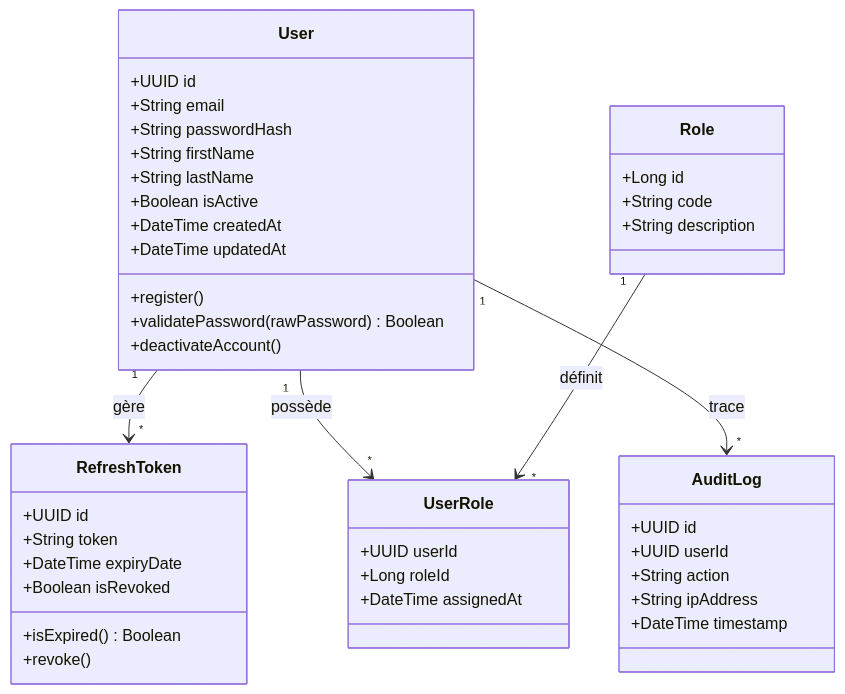
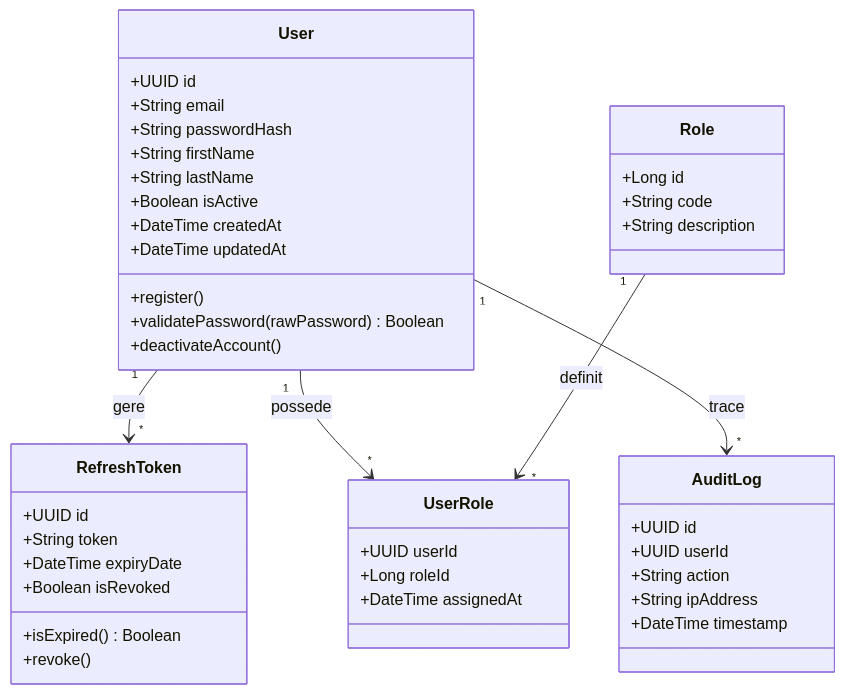
The diagram in Documentation/Diagrams/class_auth_service.mmd (Architecture-web/projet), drawn with Mermaid before and after one commit. The commit also changed 7 other files, not shown here.

Commit message:
fix(diagrams): normalisation des labels de relations dans tous les diagrammes de classes Mermaid

```diff
--- a/Documentation/Diagrams/class_auth_service.mmd
+++ b/Documentation/Diagrams/class_auth_service.mmd
@@ -1,48 +1,48 @@
 classDiagram
     class User {
         +UUID id
         +String email
         +String passwordHash
         +String firstName
         +String lastName
         +Boolean isActive
         +DateTime createdAt
         +DateTime updatedAt
         +register()
         +validatePassword(rawPassword) Boolean
         +deactivateAccount()
     }
 
     class Role {
         +Long id
         +String code
         +String description
     }
 
     class RefreshToken {
         +UUID id
         +String token
         +DateTime expiryDate
         +Boolean isRevoked
         +isExpired() Boolean
         +revoke()
     }
 
     class UserRole {
         +UUID userId
         +Long roleId
         +DateTime assignedAt
     }
 
     class AuditLog {
         +UUID id
         +UUID userId
         +String action
         +String ipAddress
         +DateTime timestamp
     }
 
-    User "1" --> "*" RefreshToken : gère
-    User "1" --> "*" UserRole : possède
-    Role "1" --> "*" UserRole : définit
+    User "1" --> "*" RefreshToken : gere
+    User "1" --> "*" UserRole : possede
+    Role "1" --> "*" UserRole : definit
     User "1" --> "*" AuditLog : trace
```
